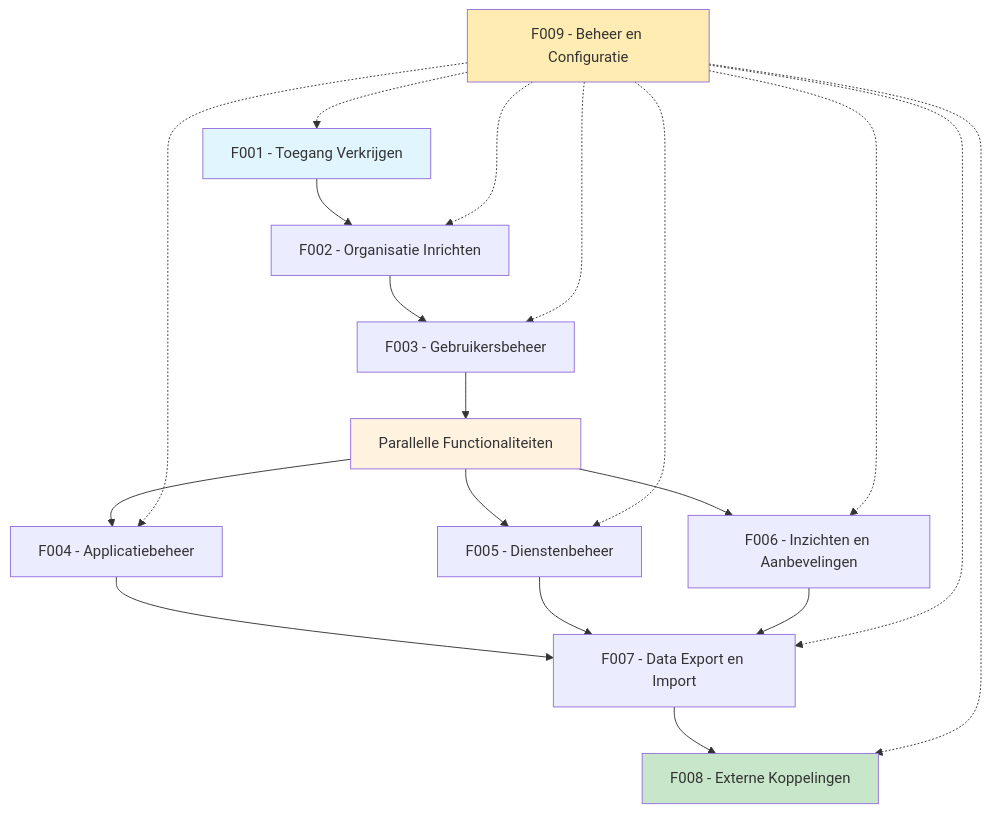
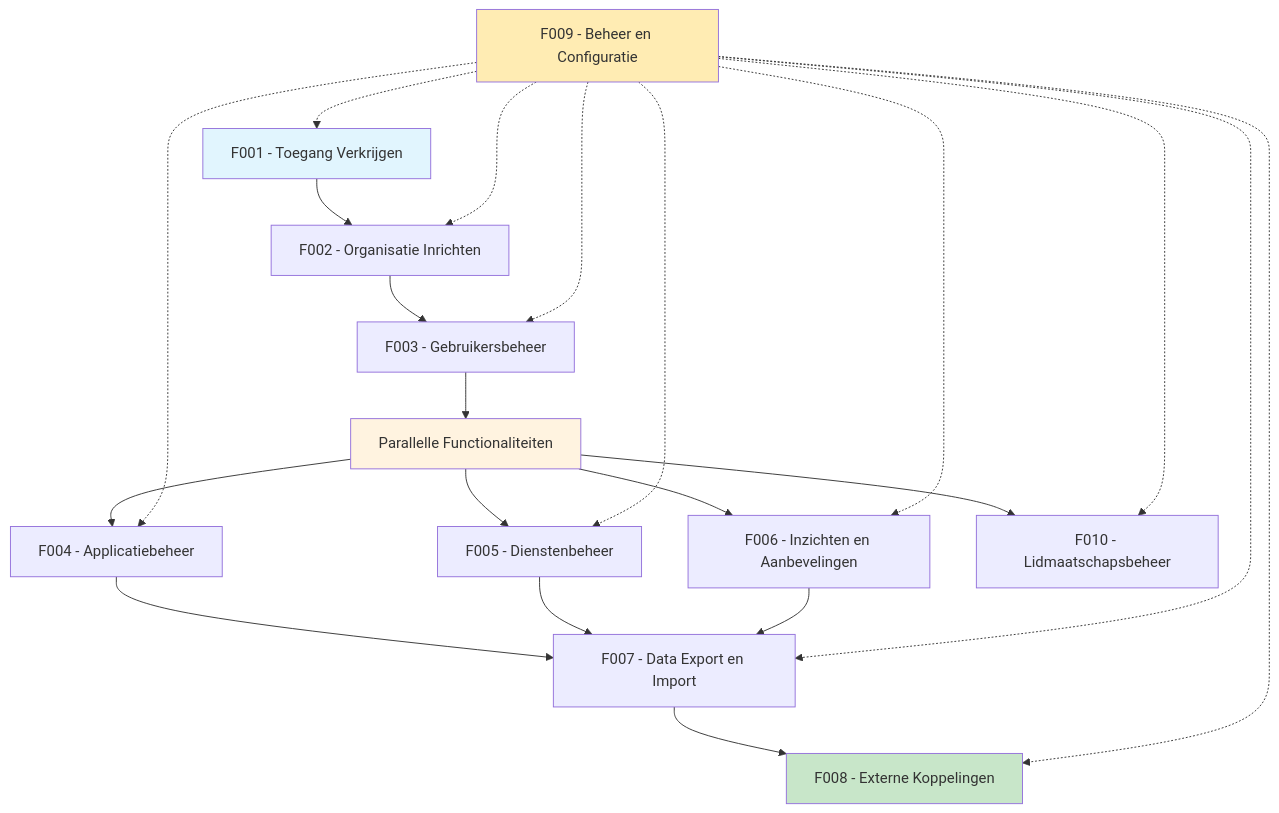
The diagram in website/docs/Functionaliteiten/overzicht.md (VNG-Realisatie/Softwarecatalogus), drawn with Mermaid before and after one commit. The commit also changed other lines of this file and 4 other files, not shown here.

````diff
--- a/website/docs/Functionaliteiten/overzicht.md
+++ b/website/docs/Functionaliteiten/overzicht.md
@@ -33,31 +34,33 @@
 ```mermaid
 flowchart TD
     F001[F001 - Toegang Verkrijgen] --> F002[F002 - Organisatie Inrichten]
     F002 --> F003[F003 - Gebruikersbeheer]
     
     F003 --> PARALLEL[Parallelle Functionaliteiten]
     PARALLEL --> F004[F004 - Applicatiebeheer]
     PARALLEL --> F005[F005 - Dienstenbeheer]
     PARALLEL --> F006[F006 - Inzichten en Aanbevelingen]
+    PARALLEL --> F010[F010 - Lidmaatschapsbeheer]
     
     F004 --> F007[F007 - Data Export en Import]
     F005 --> F007
     F006 --> F007
     
     F007 --> F008[F008 - Externe Koppelingen]
     
     F009[F009 - Beheer en Configuratie]
     F009 -.-> F001
     F009 -.-> F002
     F009 -.-> F003
     F009 -.-> F004
     F009 -.-> F005
     F009 -.-> F006
     F009 -.-> F007
     F009 -.-> F008
+    F009 -.-> F010
     
     style F001 fill:#e1f5fe
     style F008 fill:#c8e6c9
     style F009 fill:#ffecb3
     style PARALLEL fill:#fff3e0
 ```
````
